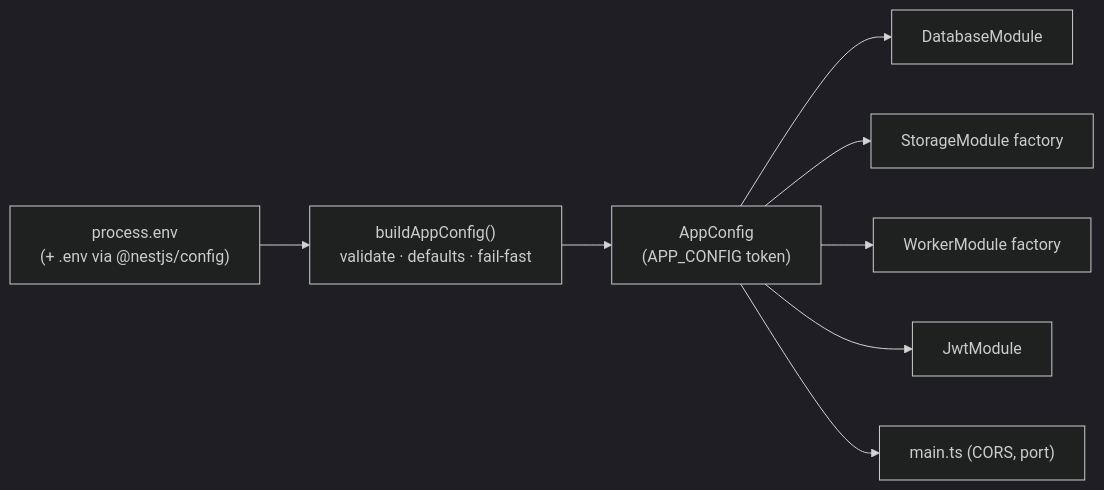
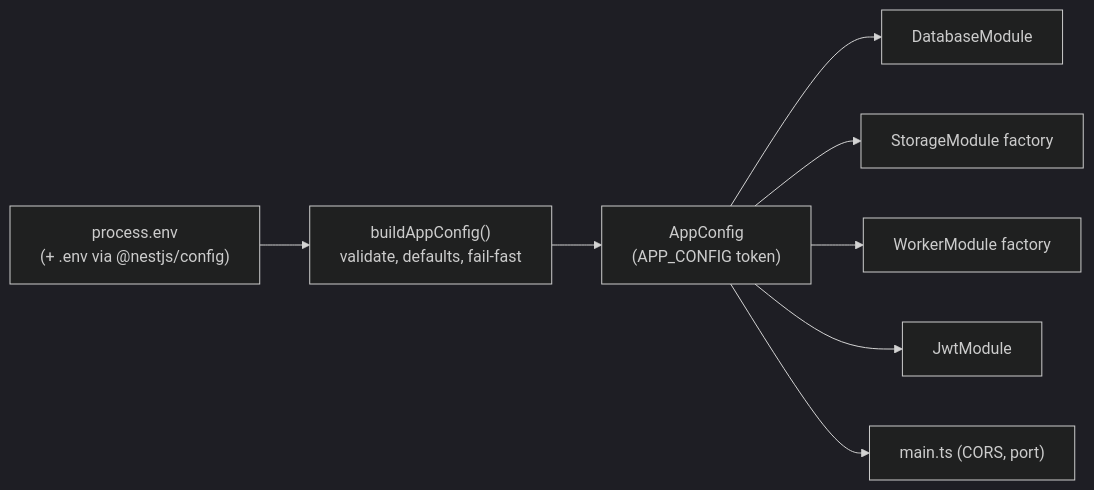
Before and after one commit to cubito1080/orcherstrator_wholeFoods: the ninth of 11 diagrams in docs/ARCHITECTURE.md, drawn with Mermaid (dark theme). The commit also changed other lines of this file and 9 other files, not shown here.

````diff
--- a/docs/ARCHITECTURE.md
+++ b/docs/ARCHITECTURE.md
@@ -351,10 +351,10 @@
 ```mermaid
 flowchart LR
-    env["process.env<br/>(+ .env via @nestjs/config)"] --> build["buildAppConfig()<br/>validate · defaults · fail-fast"]
+    env["process.env<br/>(+ .env via @nestjs/config)"] --> build["buildAppConfig()<br/>validate, defaults, fail-fast"]
     build --> cfg["AppConfig<br/>(APP_CONFIG token)"]
     cfg --> db["DatabaseModule"]
     cfg --> st["StorageModule factory"]
     cfg --> wk["WorkerModule factory"]
     cfg --> jwt["JwtModule"]
     cfg --> main["main.ts (CORS, port)"]
 ```
````
